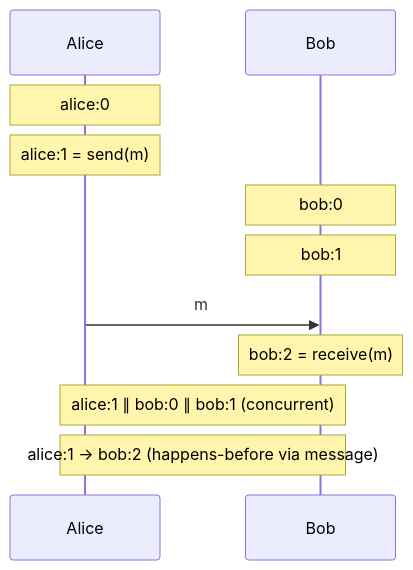
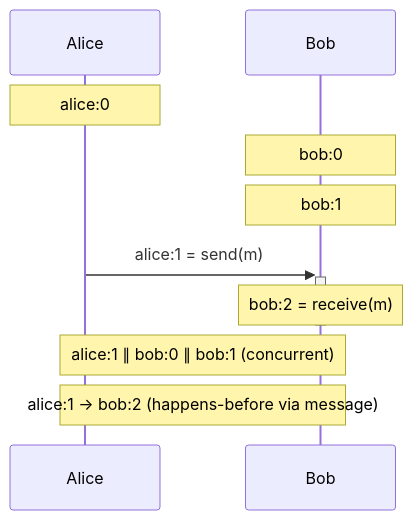
The diagram in img/causality.mmd (krsion/master-thesis), drawn with Mermaid before and after one commit. The commit also changed 1 other file, not shown here.

Commit message:
Fix causality diagram: arrow connects send to receive box
Use activation box so arrow targets bob:2 = receive(m) directly,
not the lifeline.

```diff
--- a/img/causality.mmd
+++ b/img/causality.mmd
@@ -1,14 +1,14 @@
 %%{init: {'themeVariables': {'fontFamily': 'monospace'}}}%%
 sequenceDiagram
     participant Alice
     participant Bob
 
     Note over Alice: alice:0
-    Note over Alice: alice:1 = send(m)
     Note over Bob: bob:0
     Note over Bob: bob:1
-    Alice->>Bob: m
+    Alice->>+Bob: alice:1 = send(m)
     Note over Bob: bob:2 = receive(m)
+    deactivate Bob
 
     Note over Alice,Bob: alice:1 ∥ bob:0 ∥ bob:1 (concurrent)
     Note over Alice,Bob: alice:1 → bob:2 (happens-before via message)
```
